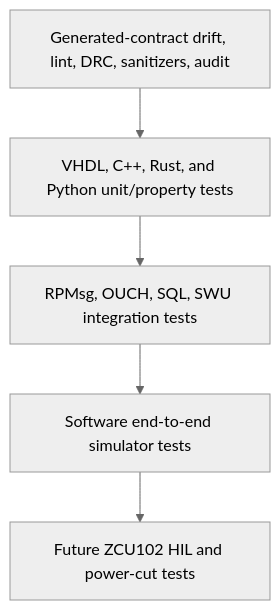
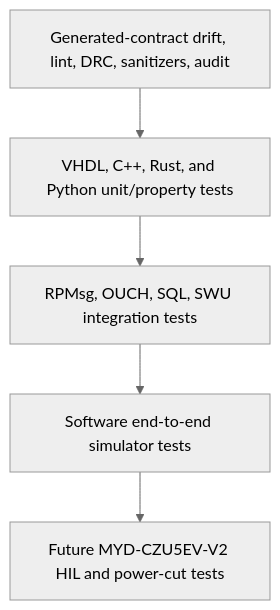
Before and after one commit to ps-chong/hft-toy-project: the diagram in docs/architecture/verification.md, drawn with Mermaid (neutral theme). The commit also changed other lines of this file and 37 other files, not shown here.

````diff
--- a/docs/architecture/verification.md
+++ b/docs/architecture/verification.md
@@ -5,9 +5,9 @@
 ```mermaid
 flowchart TB
-    Hil["Future ZCU102 HIL and power-cut tests"]
+    Hil["Future MYD-CZU5EV-V2 HIL and power-cut tests"]
     E2E["Software end-to-end simulator tests"]
     Integration["RPMsg, OUCH, SQL, SWU integration tests"]
     Unit["VHDL, C++, Rust, and Python unit/property tests"]
     Static["Generated-contract drift, lint, DRC, sanitizers, audit"]
     Static --> Unit --> Integration --> E2E --> Hil
 ```
````
